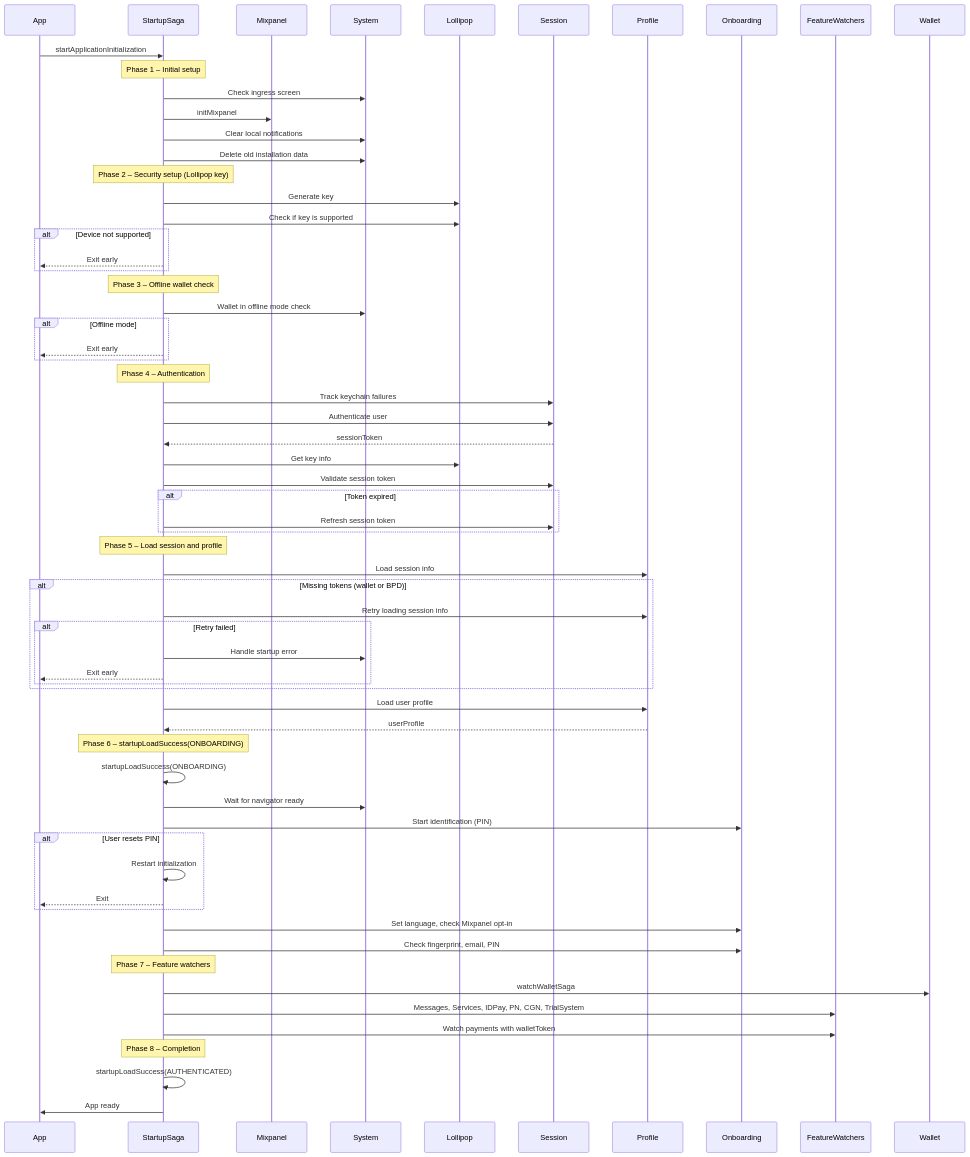
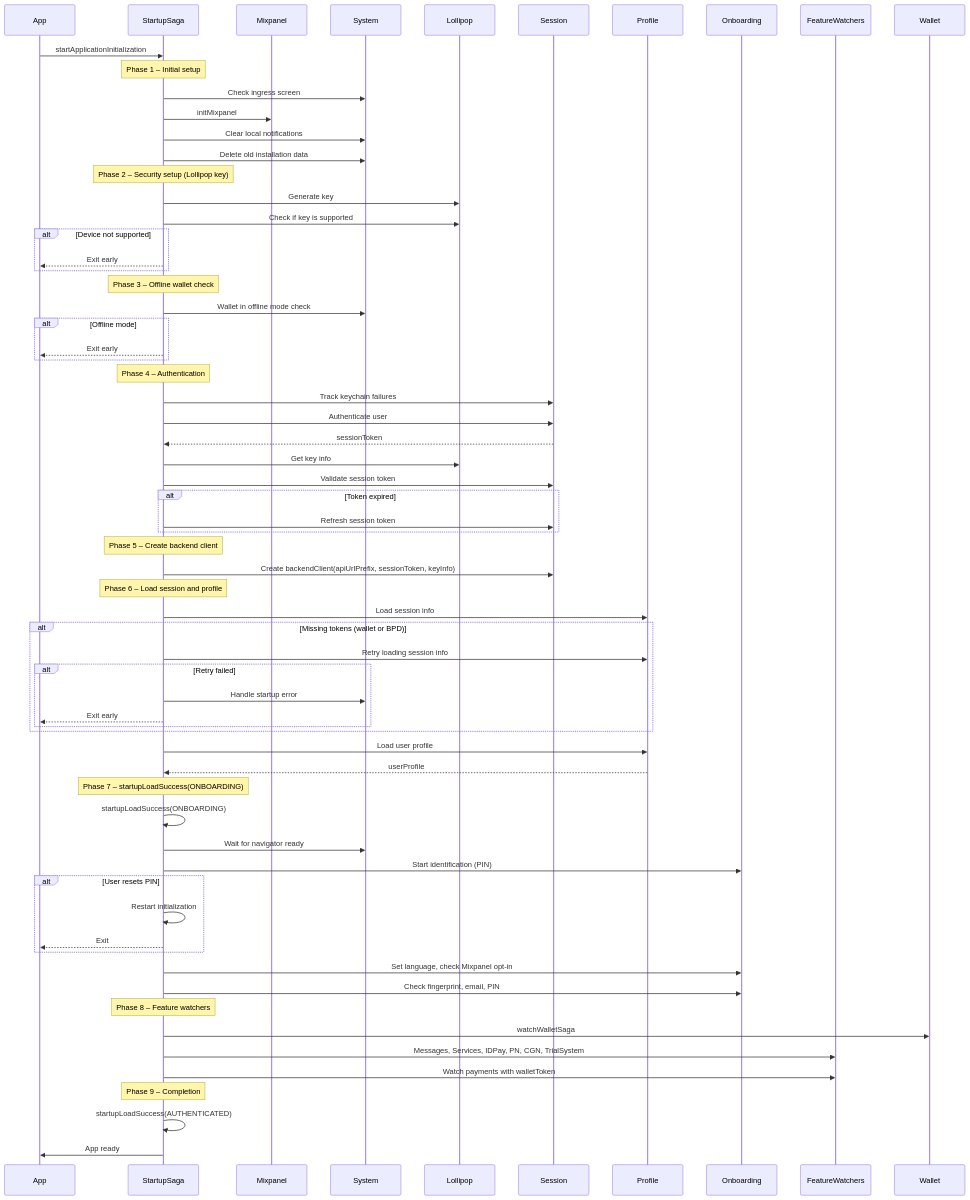
Before and after one commit to pagopa/io-app: the diagram in ts/sagas/startup.diagram.md, drawn with Mermaid.

Commit message:
update diagram

````diff
--- a/ts/sagas/startup.diagram.md
+++ b/ts/sagas/startup.diagram.md
@@ -40,15 +40,18 @@
   StartupSaga->>Session: Track keychain failures
   StartupSaga->>Session: Authenticate user
   Session-->>StartupSaga: sessionToken
-
   StartupSaga->>Lollipop: Get key info
   StartupSaga->>Session: Validate session token
   alt Token expired
     StartupSaga->>Session: Refresh session token
   end
 
-  %% --- Phase 5: Load session and profile ---
-  note over StartupSaga: Phase 5 – Load session and profile
+  %% --- Phase 5: Create backend client ---
+  note over StartupSaga: Phase 5 – Create backend client
+  StartupSaga->>Session: Create backendClient(apiUrlPrefix, sessionToken, keyInfo)
+
+  %% --- Phase 6: Load session and profile ---
+  note over StartupSaga: Phase 6 – Load session and profile
   StartupSaga->>Profile: Load session info
   alt Missing tokens (wallet or BPD)
     StartupSaga->>Profile: Retry loading session info
@@ -61,8 +64,8 @@
   StartupSaga->>Profile: Load user profile
   Profile-->>StartupSaga: userProfile
 
-  %% --- Phase 6: Start onboarding ---
-  note over StartupSaga: Phase 6 – startupLoadSuccess(ONBOARDING)
+  %% --- Phase 7: Start onboarding ---
+  note over StartupSaga: Phase 7 – startupLoadSuccess(ONBOARDING)
   StartupSaga->>StartupSaga: startupLoadSuccess(ONBOARDING)
   StartupSaga->>System: Wait for navigator ready
   StartupSaga->>Onboarding: Start identification (PIN)
@@ -74,14 +77,15 @@
   StartupSaga->>Onboarding: Set language, check Mixpanel opt-in
   StartupSaga->>Onboarding: Check fingerprint, email, PIN
 
-  %% --- Phase 7: Feature watchers ---
-  note over StartupSaga: Phase 7 – Feature watchers
+  %% --- Phase 8: Feature watchers ---
+  note over StartupSaga: Phase 8 – Feature watchers
   StartupSaga->>Wallet: watchWalletSaga
   StartupSaga->>FeatureWatchers: Messages, Services, IDPay, PN, CGN, TrialSystem
   StartupSaga->>FeatureWatchers: Watch payments with walletToken
 
-  %% --- Phase 8: Completion ---
-  note over StartupSaga: Phase 8 – Completion
+  %% --- Phase 9: Completion ---
+  note over StartupSaga: Phase 9 – Completion
   StartupSaga->>StartupSaga: startupLoadSuccess(AUTHENTICATED)
   StartupSaga->>App: App ready
+
 ```
````
